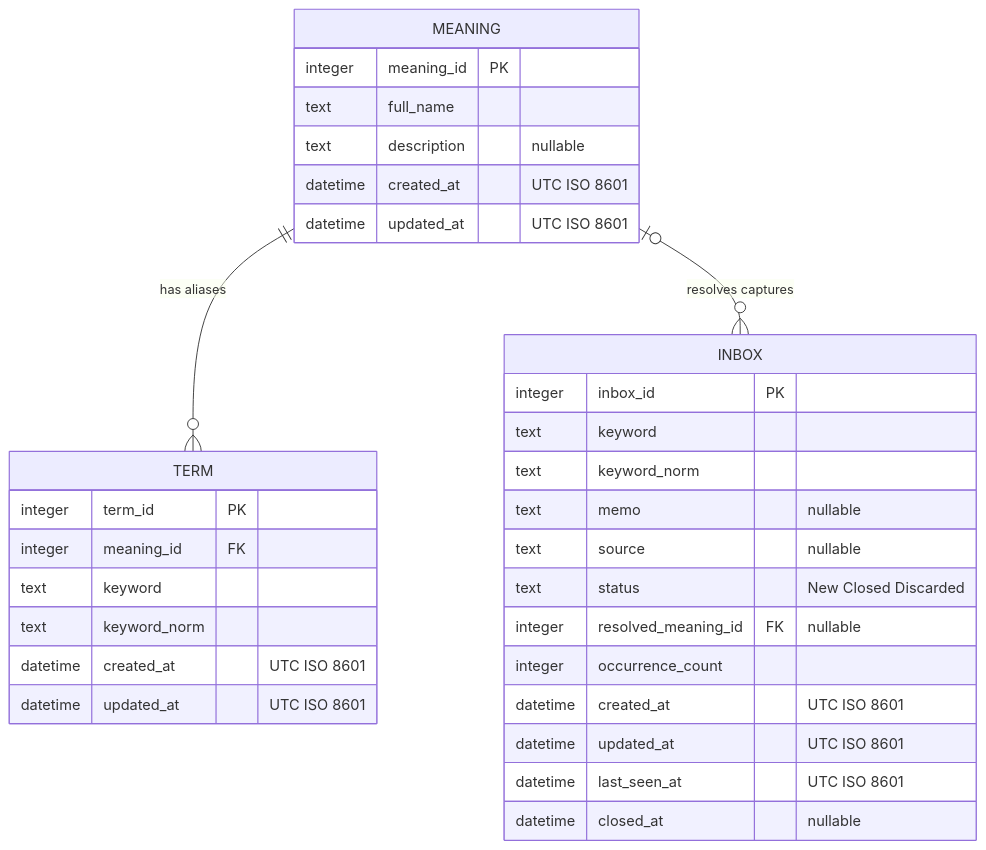
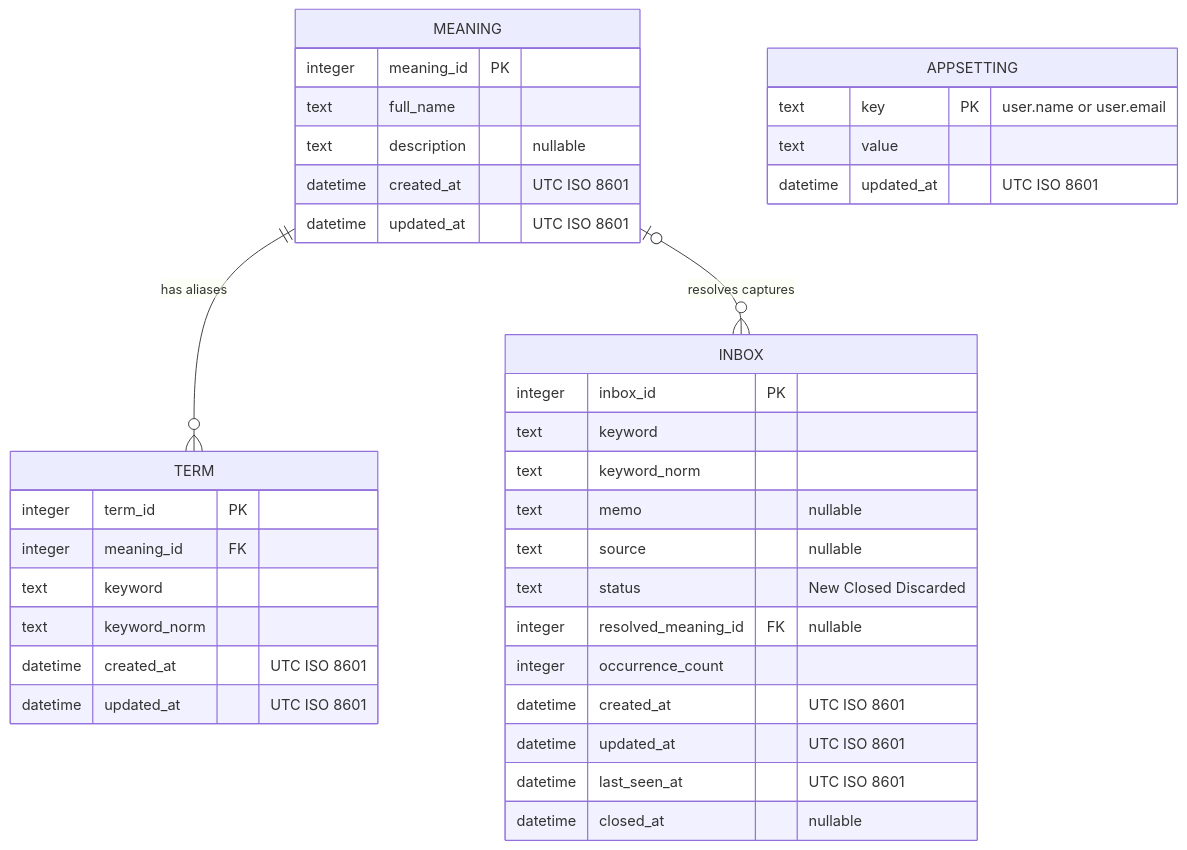
One commit to niikei/TermKeeper changed the first of 2 diagrams in docs/003_domain_model.md. Above: the diagram before and after it, drawn with Mermaid. The commit also changed 10 other files, not shown here.

````diff
--- a/docs/003_domain_model.md
+++ b/docs/003_domain_model.md
@@ -13,38 +13,44 @@
 ```mermaid
 erDiagram
 
     MEANING ||--o{ TERM : "has aliases"
     MEANING o|--o{ INBOX : "resolves captures"
+
+    APPSETTING {
+        text key PK "user.name or user.email"
+        text value
+        datetime updated_at "UTC ISO 8601"
+    }
 
     MEANING {
         integer meaning_id PK
         text full_name
         text description "nullable"
         datetime created_at "UTC ISO 8601"
         datetime updated_at "UTC ISO 8601"
     }
 
     TERM {
         integer term_id PK
         integer meaning_id FK
         text keyword
         text keyword_norm
         datetime created_at "UTC ISO 8601"
         datetime updated_at "UTC ISO 8601"
     }
 
     INBOX {
         integer inbox_id PK
         text keyword
         text keyword_norm
         text memo "nullable"
         text source "nullable"
         text status "New Closed Discarded"
         integer resolved_meaning_id FK "nullable"
         integer occurrence_count
         datetime created_at "UTC ISO 8601"
         datetime updated_at "UTC ISO 8601"
         datetime last_seen_at "UTC ISO 8601"
         datetime closed_at "nullable"
     }
 ```
````
